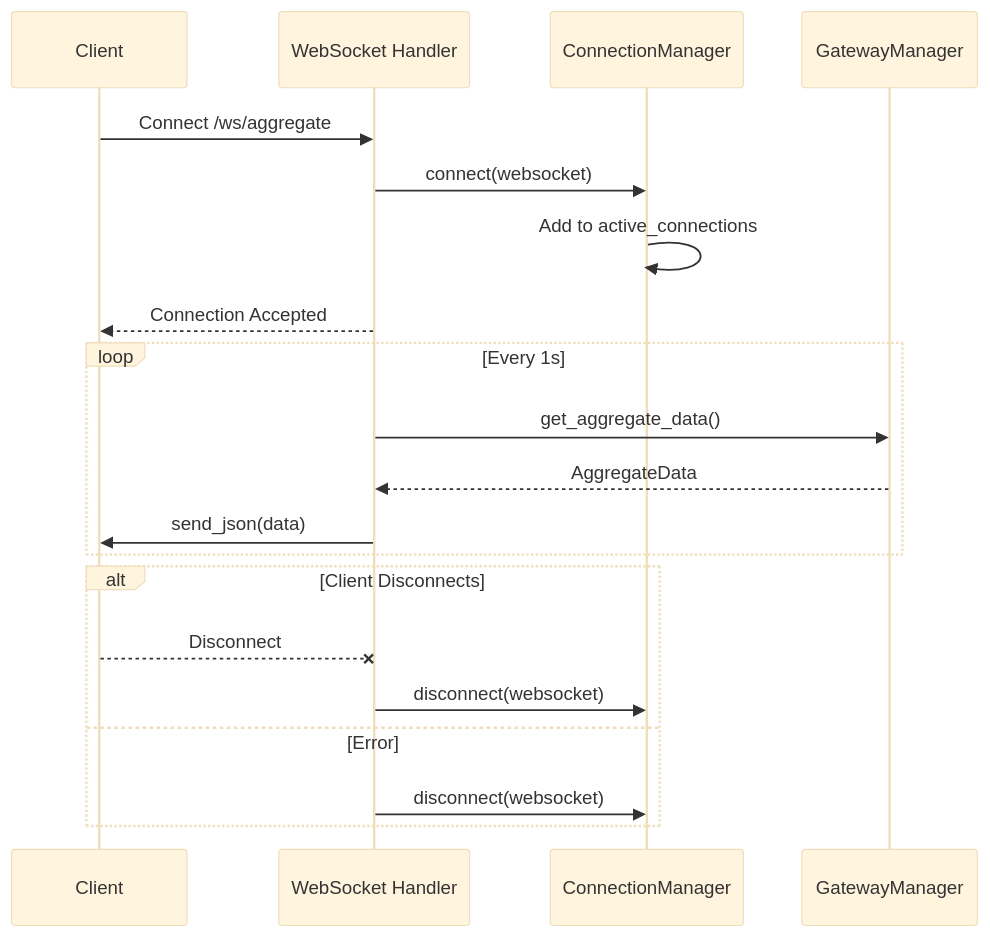
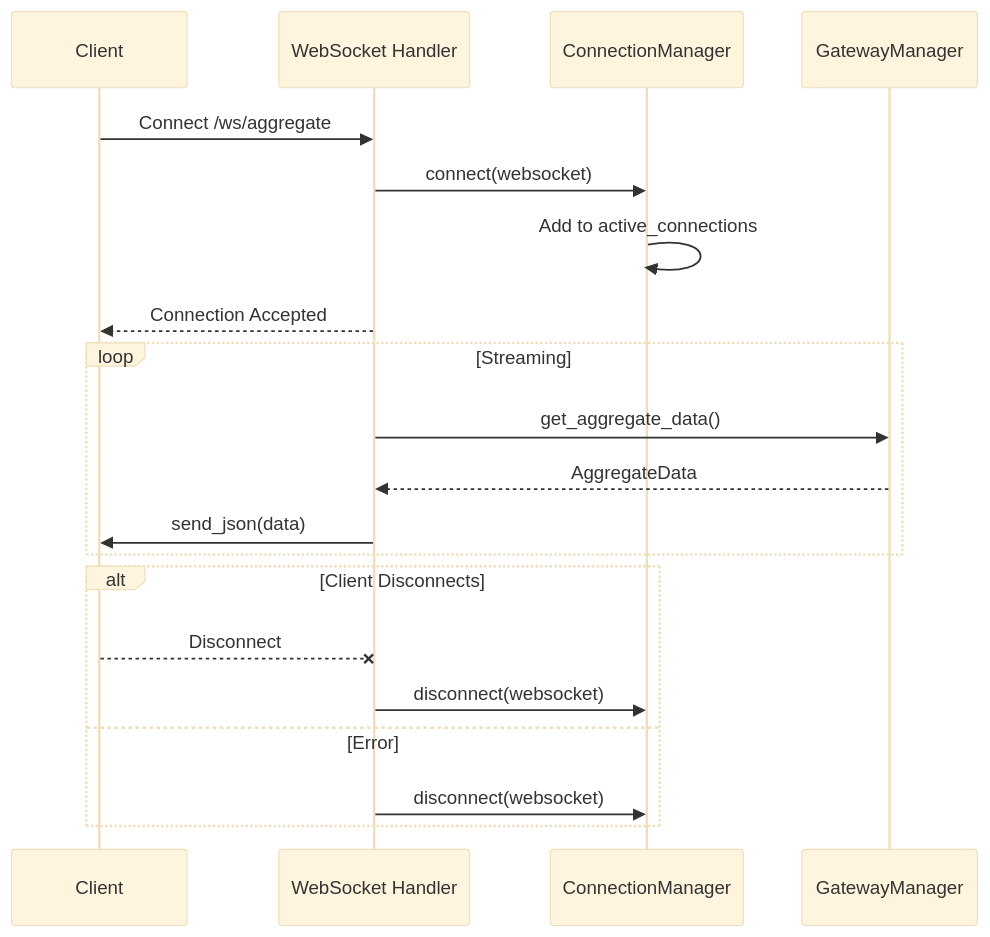
Before and after one commit to jasonacox/pypowerwall-server: the fifth of 8 diagrams in DESIGN.md, drawn with Mermaid (base theme). The commit also changed other lines of this file, not shown here.

Commit message:
Clarify polling and streaming loop descriptions in the design document

````diff
--- a/DESIGN.md
+++ b/DESIGN.md
@@ -267,25 +267,25 @@
 ```mermaid
 sequenceDiagram
     participant C as Client
     participant WS as WebSocket Handler
     participant CM as ConnectionManager
     participant GM as GatewayManager
     
     C->>WS: Connect /ws/aggregate
     WS->>CM: connect(websocket)
     CM->>CM: Add to active_connections
     WS-->>C: Connection Accepted
     
-    loop Every 1s
+    loop Streaming
         WS->>GM: get_aggregate_data()
         GM-->>WS: AggregateData
         WS->>C: send_json(data)
     end
     
     alt Client Disconnects
         C--xWS: Disconnect
         WS->>CM: disconnect(websocket)
     else Error
         WS->>CM: disconnect(websocket)
     end
 ```
````
